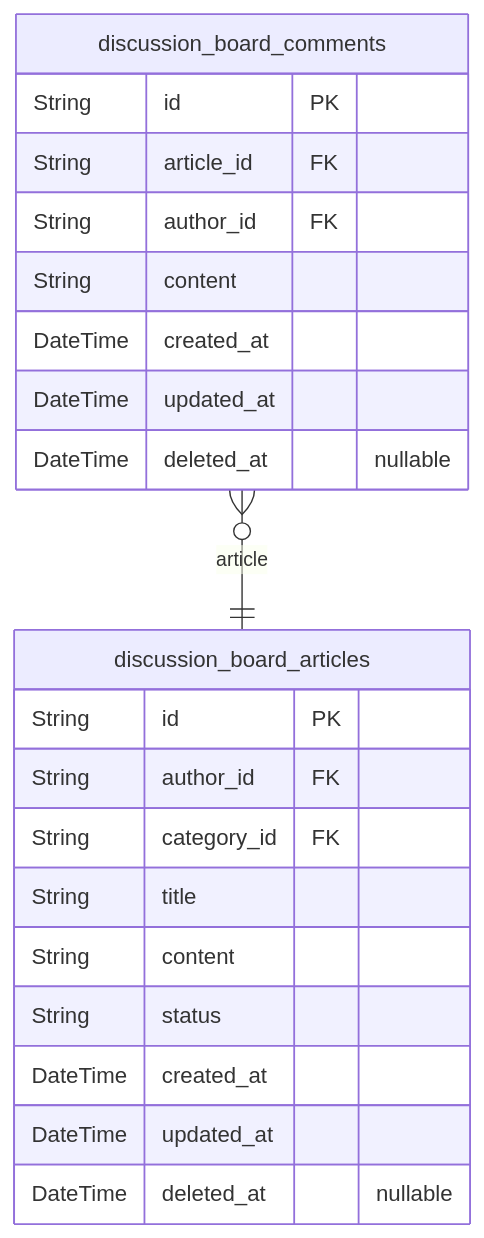
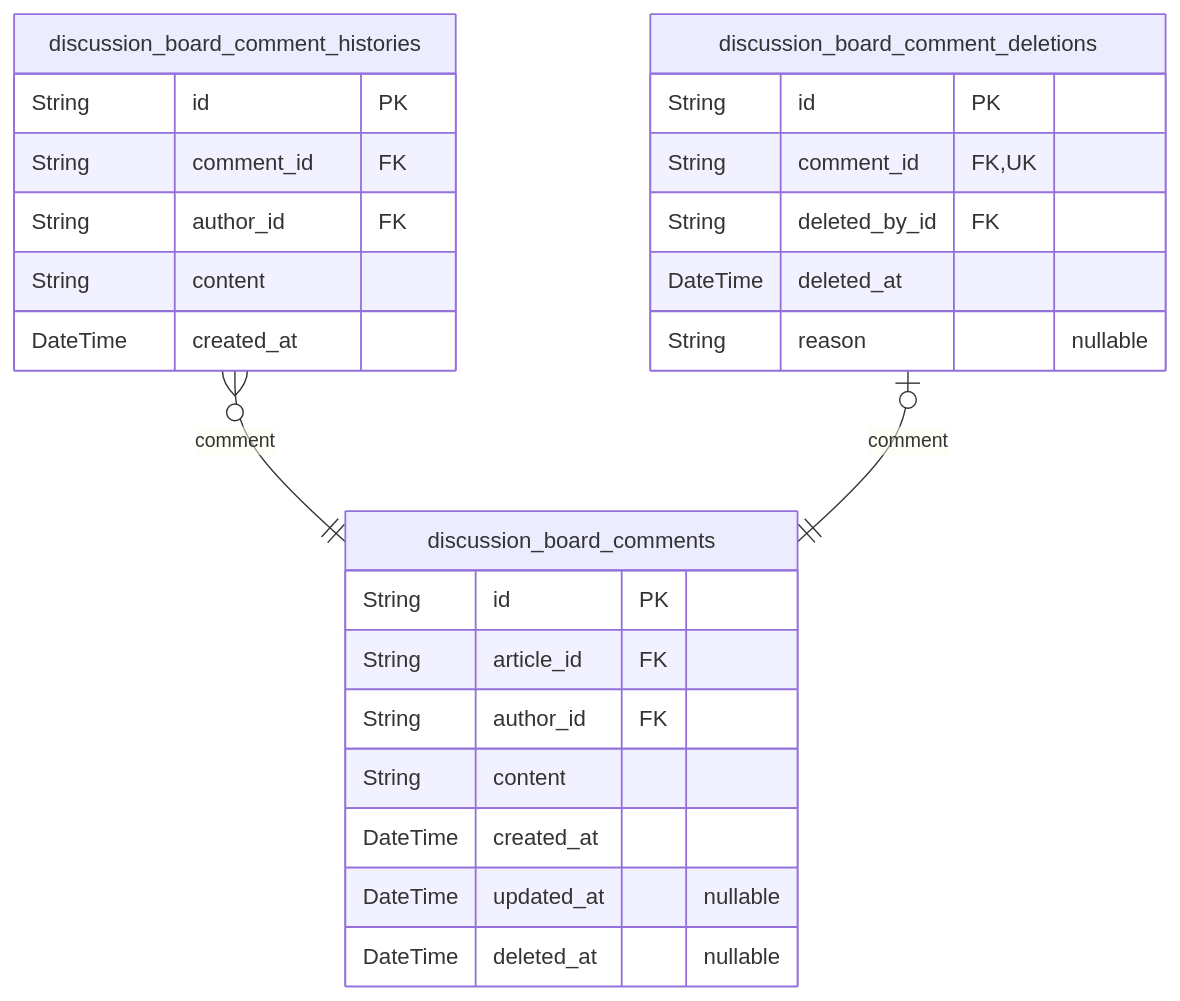
Before and after one commit to wrtnlabs/autobe-examples: the fourth of 6 diagrams in qwen/qwen3-coder-exacto/bbs/docs/ERD.md, drawn with Mermaid. The commit also changed other lines of this file and 9391 other files, not shown here.

````diff
--- a/qwen/qwen3-coder-exacto/bbs/docs/ERD.md
+++ b/qwen/qwen3-coder-exacto/bbs/docs/ERD.md
@@ -266,24 +1298,28 @@
 ```mermaid
 erDiagram
-"discussion_board_articles" {
-  String id PK
-  String author_id FK
-  String category_id FK
-  String title
-  String content
-  String status
-  DateTime created_at
-  DateTime updated_at
-  DateTime deleted_at "nullable"
-}
 "discussion_board_comments" {
   String id PK
   String article_id FK
   String author_id FK
   String content
   DateTime created_at
-  DateTime updated_at
+  DateTime updated_at "nullable"
   DateTime deleted_at "nullable"
 }
-"discussion_board_comments" }o--|| "discussion_board_articles" : article
+"discussion_board_comment_histories" {
+  String id PK
+  String comment_id FK
+  String author_id FK
+  String content
+  DateTime created_at
+}
+"discussion_board_comment_deletions" {
+  String id PK
+  String comment_id FK,UK
+  String deleted_by_id FK
+  DateTime deleted_at
+  String reason "nullable"
+}
+"discussion_board_comment_histories" }o--|| "discussion_board_comments" : comment
+"discussion_board_comment_deletions" |o--|| "discussion_board_comments" : comment
 ```
````
